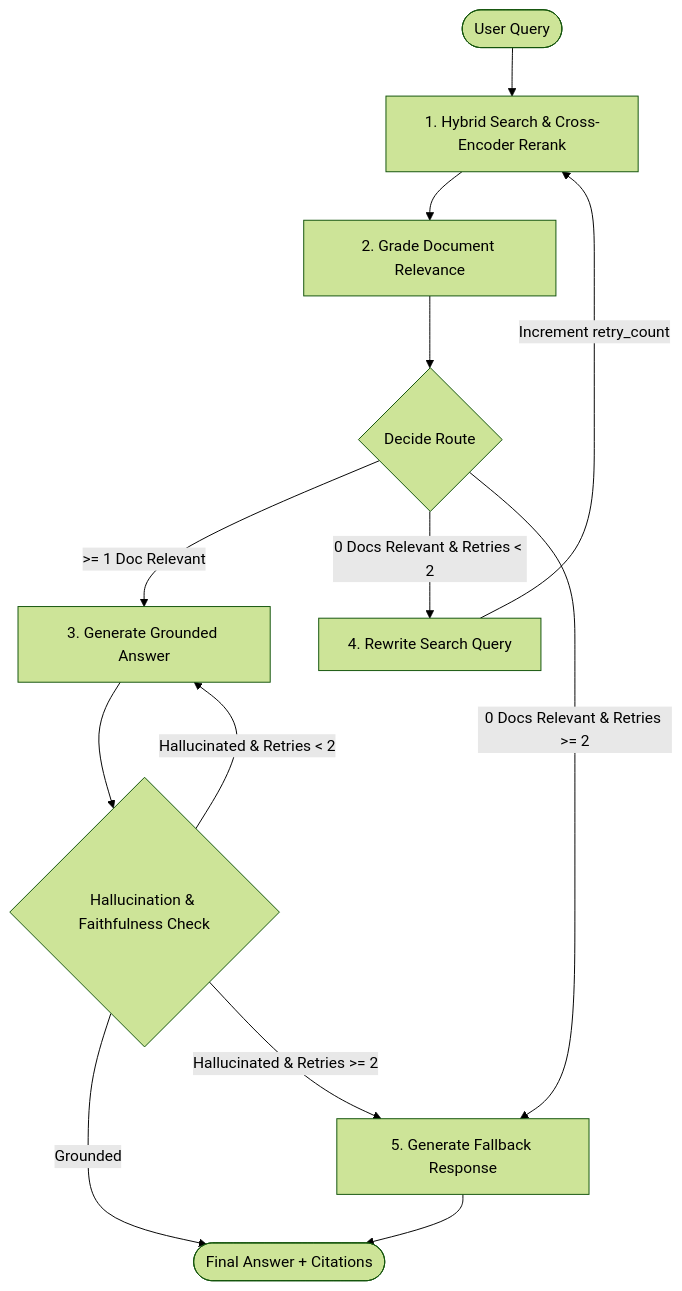
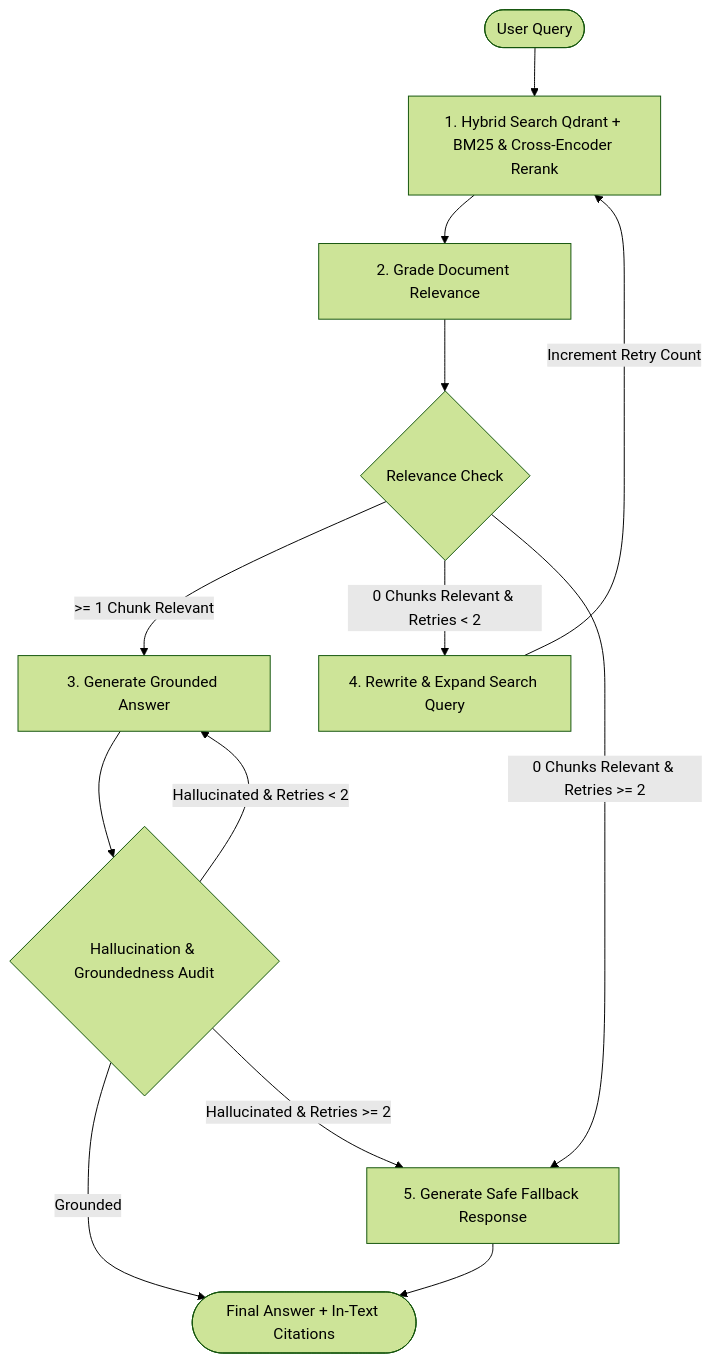
The diagram in README.md (Aryaman-Jaiswal/self-reflective-crag-agent), drawn with Mermaid (forest theme) before and after one commit. The commit also changed other lines of this file and 1 other file, not shown here.

````diff
--- a/README.md
+++ b/README.md
@@ -48,18 +18,18 @@
 ```mermaid
 flowchart TD
-    UserQuery([User Query]) --> RetrieveAndRerank[1. Hybrid Search & Cross-Encoder Rerank]
+    UserQuery([User Query]) --> RetrieveAndRerank[1. Hybrid Search Qdrant + BM25 & Cross-Encoder Rerank]
     RetrieveAndRerank --> GradeDocs[2. Grade Document Relevance]
-    GradeDocs --> DecideGenerate{Decide Route}
+    GradeDocs --> DecideGenerate{Relevance Check}
     
-    DecideGenerate -- ">= 1 Doc Relevant" --> GenAnswer[3. Generate Grounded Answer]
-    DecideGenerate -- "0 Docs Relevant & Retries < 2" --> RewriteQuery[4. Rewrite Search Query]
-    DecideGenerate -- "0 Docs Relevant & Retries >= 2" --> GenFallback[5. Generate Fallback Response]
+    DecideGenerate -- ">= 1 Chunk Relevant" --> GenAnswer[3. Generate Grounded Answer]
+    DecideGenerate -- "0 Chunks Relevant & Retries < 2" --> RewriteQuery[4. Rewrite & Expand Search Query]
+    DecideGenerate -- "0 Chunks Relevant & Retries >= 2" --> GenFallback[5. Generate Safe Fallback Response]
     
-    RewriteQuery -->|Increment retry_count| RetrieveAndRerank
+    RewriteQuery -->|Increment Retry Count| RetrieveAndRerank
     
-    GenAnswer --> HallucinationCheck{Hallucination & Faithfulness Check}
-    HallucinationCheck -- "Grounded" --> EndState([Final Answer + Citations])
+    GenAnswer --> HallucinationCheck{Hallucination & Groundedness Audit}
+    HallucinationCheck -- "Grounded" --> EndState([Final Answer + In-Text Citations])
     HallucinationCheck -- "Hallucinated & Retries < 2" --> GenAnswer
     HallucinationCheck -- "Hallucinated & Retries >= 2" --> GenFallback
     GenFallback --> EndState
 ```
````
